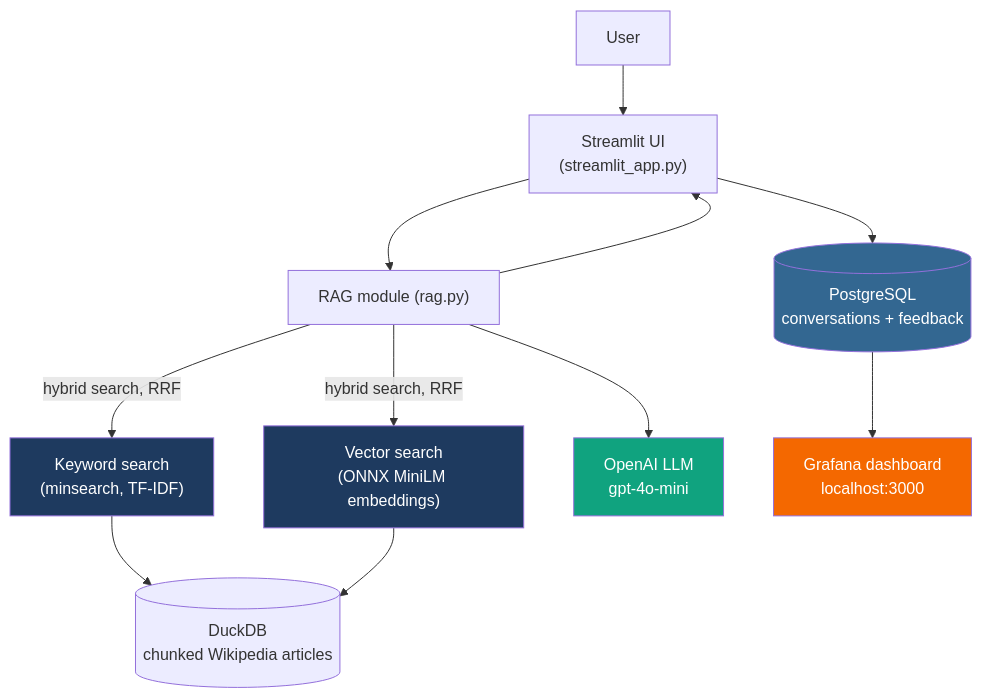
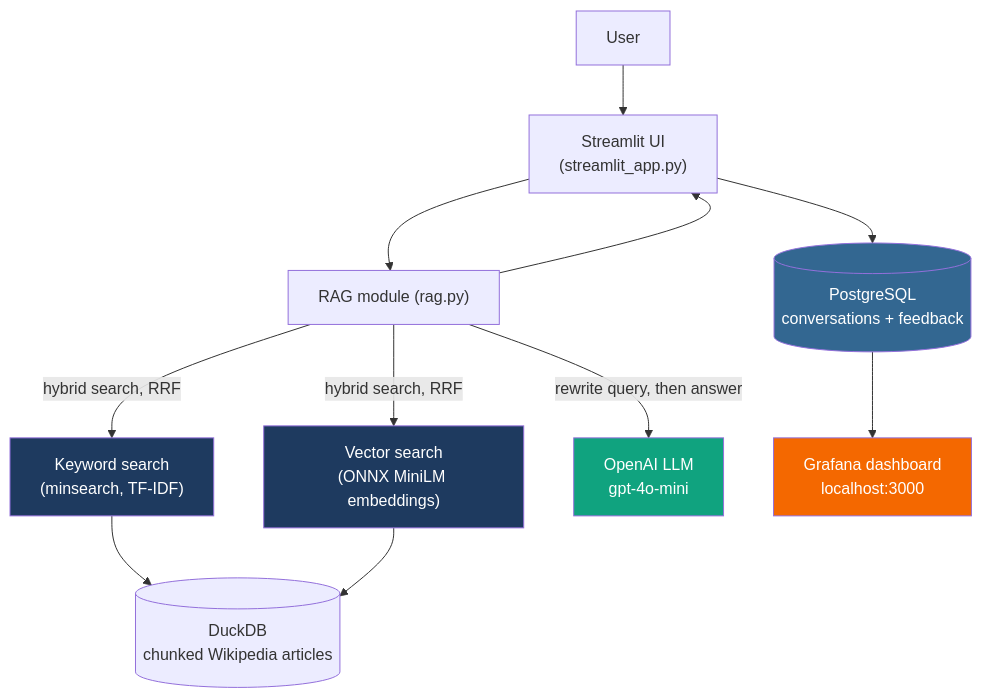
Before and after one commit to sfragkiadakhs/coffee-assistant: the diagram in README.md, drawn with Mermaid. The commit also changed other lines of this file and 7 other files, not shown here.

Commit message:
query rewriting eval (typos), round 2 llm eval, softer prompt rule, added specialty coffee article, readme

````diff
--- a/README.md
+++ b/README.md
@@ -123,29 +158,29 @@
 ```mermaid
 flowchart TD
     User["User"]
     UI["Streamlit UI<br/>(streamlit_app.py)"]
     RAG["RAG module (rag.py)"]
     Keyword["Keyword search<br/>(minsearch, TF-IDF)"]
     Vector["Vector search<br/>(ONNX MiniLM embeddings)"]
     DuckDB[("DuckDB<br/>chunked Wikipedia articles")]
     LLM["OpenAI LLM<br/>gpt-4o-mini"]
     DB[("PostgreSQL<br/>conversations + feedback")]
     Grafana["Grafana dashboard<br/>localhost:3000"]
 
     User --> UI
     UI --> RAG
     RAG -->|hybrid search, RRF| Keyword
     RAG -->|hybrid search, RRF| Vector
     Keyword --> DuckDB
     Vector --> DuckDB
-    RAG --> LLM
+    RAG -->|rewrite query, then answer| LLM
     RAG --> UI
     UI --> DB
     DB --> Grafana
 
     style Keyword fill:#1e3a5f,color:#fff
     style Vector fill:#1e3a5f,color:#fff
     style LLM fill:#10a37f,color:#fff
     style DB fill:#336791,color:#fff
     style Grafana fill:#f46800,color:#fff
 ```
````
